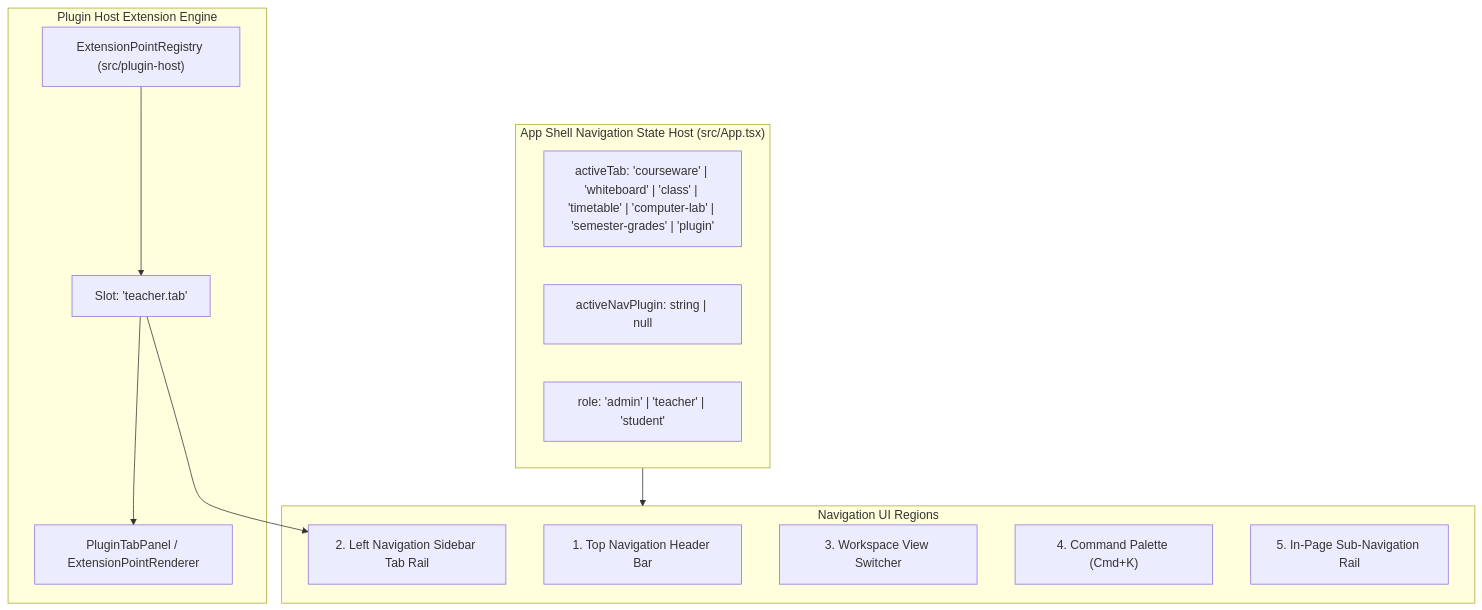
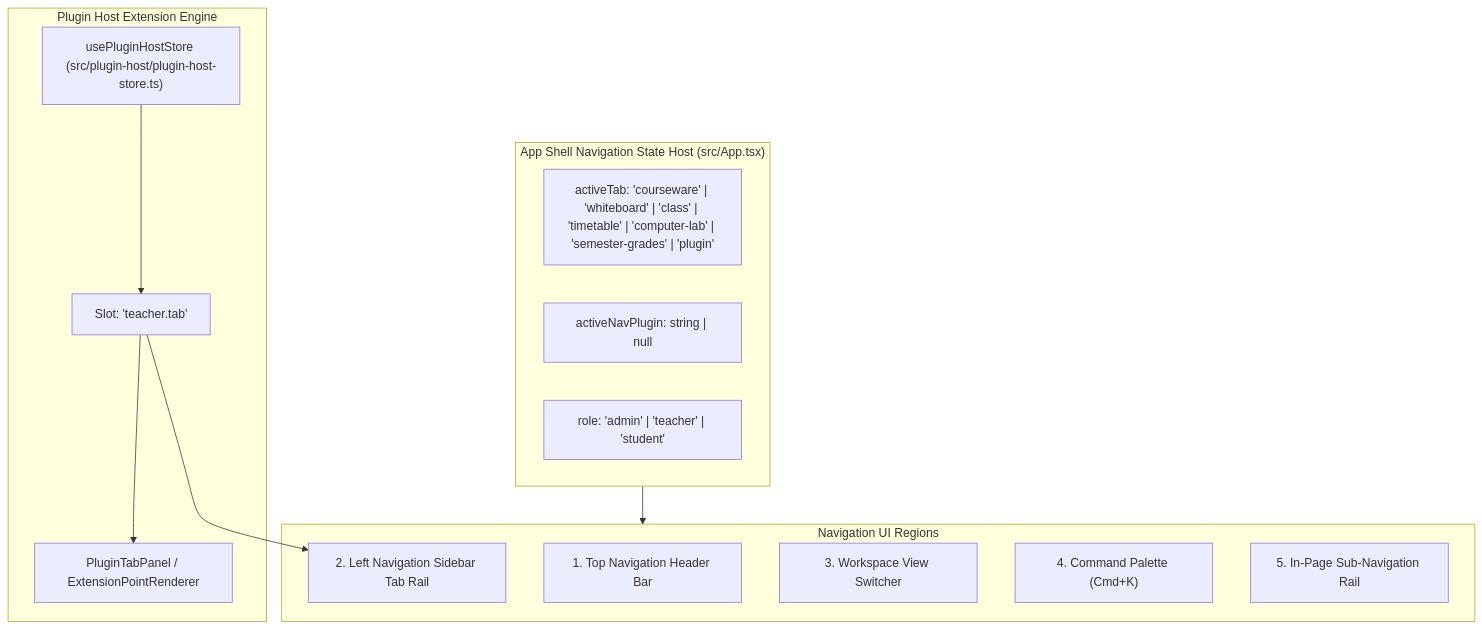
Before and after one commit to aymwoo/OpenLearn-Next-V2: the first of 3 diagrams in docs/architecture/navigation-audit-report.md, drawn with Mermaid. The commit also changed other lines of this file and 126 other files, not shown here.

````diff
--- a/docs/architecture/navigation-audit-report.md
+++ b/docs/architecture/navigation-audit-report.md
@@ -26,27 +26,27 @@
 ```mermaid
 graph TD
     subgraph StateHost["App Shell Navigation State Host (src/App.tsx)"]
         ActiveTabState["activeTab: 'courseware' | 'whiteboard' | 'class' | 'timetable' | 'computer-lab' | 'semester-grades' | 'plugin'"]
         ActivePluginState["activeNavPlugin: string | null"]
         RoleState["role: 'admin' | 'teacher' | 'student'"]
     end
 
     subgraph NavRegions["Navigation UI Regions"]
         HeaderNav["1. Top Navigation Header Bar"]
         LeftRail["2. Left Navigation Sidebar Tab Rail"]
         WorkspaceRouter["3. Workspace View Switcher"]
         CmdPalette["4. Command Palette (Cmd+K)"]
         SubNav["5. In-Page Sub-Navigation Rail"]
     end
 
     subgraph ExtensionEngine["Plugin Host Extension Engine"]
-        ExtRegistry["ExtensionPointRegistry (src/plugin-host)"]
+        ExtRegistry["usePluginHostStore (src/plugin-host/plugin-host-store.ts)"]
         TeacherTabSlot["Slot: 'teacher.tab'"]
         TabRenderer["PluginTabPanel / ExtensionPointRenderer"]
     end
 
     StateHost --> NavRegions
     ExtRegistry --> TeacherTabSlot
     TeacherTabSlot --> LeftRail
     TeacherTabSlot --> TabRenderer
 ```
````
